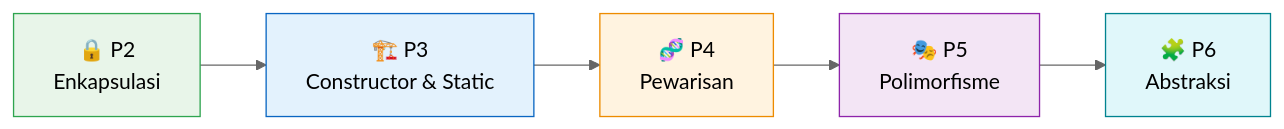
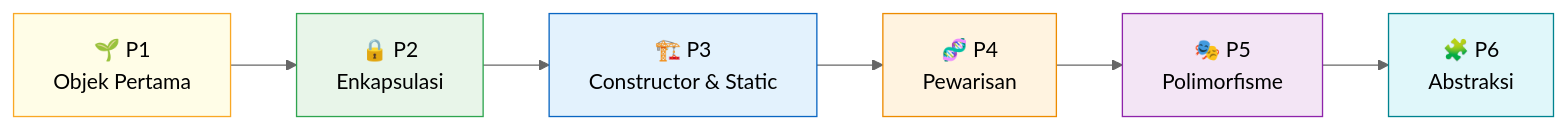
The first of 2 diagrams in README.md (muhammadkiro516-netizen/Praktikum-PBO-A-MuhammadSalmanAlFarisi-4525210141), drawn with Mermaid (neutral theme) before and after one commit. The commit also changed other lines of this file and 1 other file, not shown here.

````diff
--- a/README.md
+++ b/README.md
@@ -27,12 +27,13 @@
 ```mermaid
 flowchart LR
-    A["🔒 P2<br/>Enkapsulasi"] --> B["🏗️ P3<br/>Constructor & Static"]
+    Z["🌱 P1<br/>Objek Pertama"] --> A["🔒 P2<br/>Enkapsulasi"] --> B["🏗️ P3<br/>Constructor & Static"]
     B --> C["🧬 P4<br/>Pewarisan"]
     C --> D["🎭 P5<br/>Polimorfisme"]
     D --> E["🧩 P6<br/>Abstraksi"]
+    style Z fill:#fffde7,stroke:#F9A825,color:#000
     style A fill:#e8f5e9,stroke:#2ea44f,color:#000
     style B fill:#e3f2fd,stroke:#0A66C2,color:#000
     style C fill:#fff3e0,stroke:#ED8B00,color:#000
     style D fill:#f3e5f5,stroke:#8E24AA,color:#000
     style E fill:#e0f7fa,stroke:#00838F,color:#000
 ```
````
